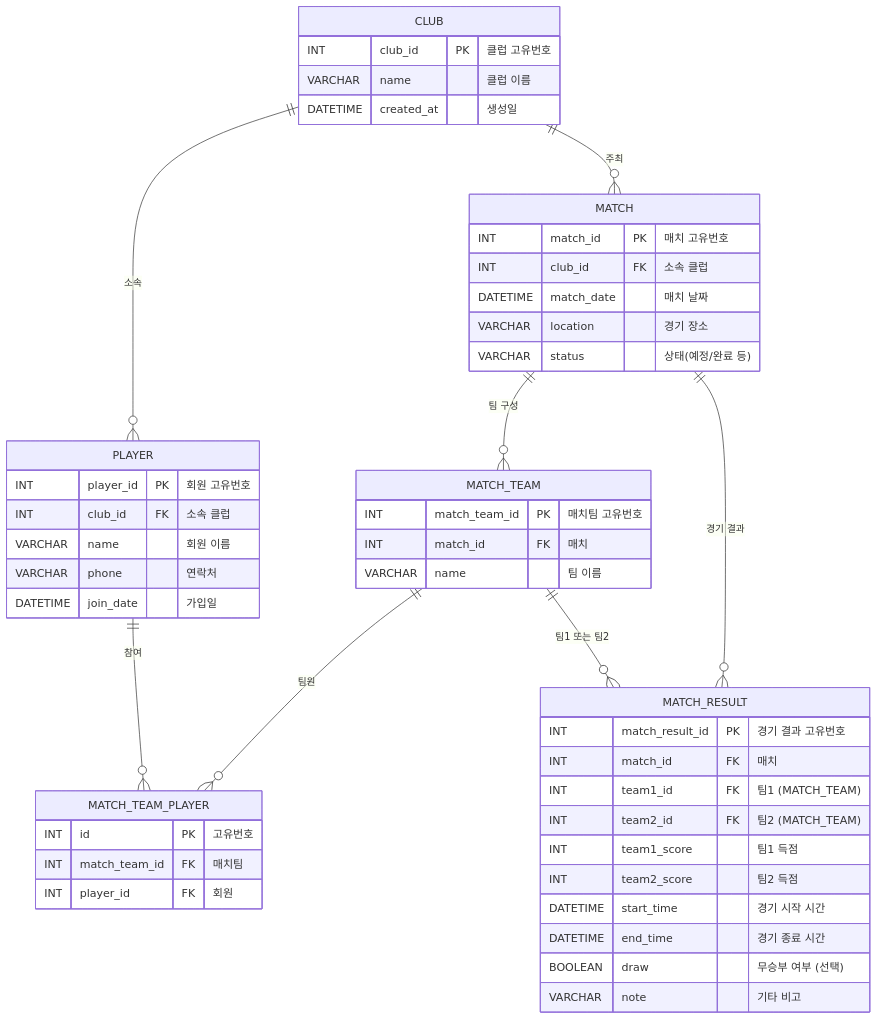
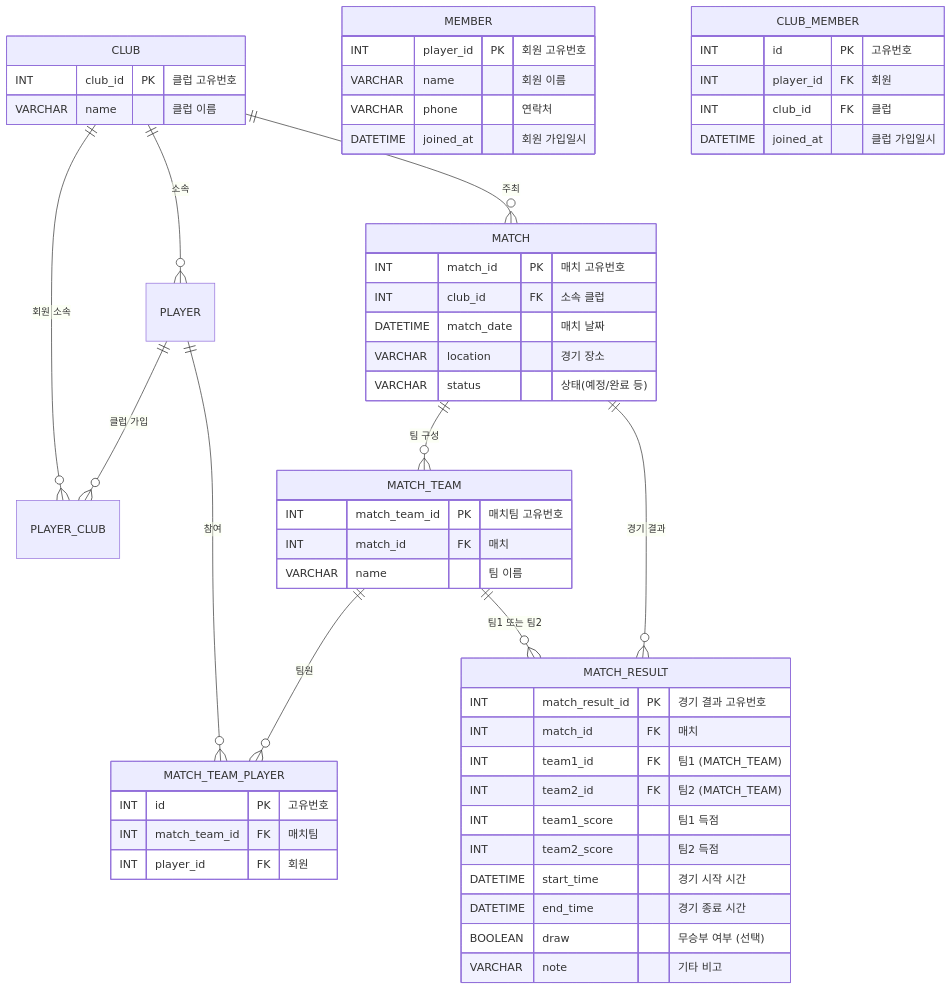
One commit to fivedragon5/kick-log changed the diagram in ERD.md. Above: the diagram before and after it, drawn with Mermaid.

Commit message:
update. ERD.md

````diff
--- a/ERD.md
+++ b/ERD.md
@@ -2,57 +2,65 @@
 ```mermaid
     erDiagram
-        CLUB {
-            INT club_id PK "클럽 고유번호"
-            VARCHAR name "클럽 이름"
-            DATETIME created_at "생성일"
-        }
-    
-        PLAYER {
-            INT player_id PK "회원 고유번호"
-            INT club_id FK "소속 클럽"
-            VARCHAR name "회원 이름"
-            VARCHAR phone "연락처"
-            DATETIME join_date "가입일"
-        }
+    CLUB {
+        INT club_id PK "클럽 고유번호"
+        VARCHAR name "클럽 이름"
+    }
+
+    MEMBER {
+        INT player_id PK "회원 고유번호"
+        VARCHAR name "회원 이름"
+        VARCHAR phone "연락처"
+        DATETIME joined_at "회원 가입일시"
+    }
+
+   CLUB_MEMBER {
+        INT id PK "고유번호"
+        INT player_id FK "회원"
+        INT club_id FK "클럽"
+        DATETIME joined_at "클럽 가입일시"
+    }
+
+    CLUB ||--o{ PLAYER_CLUB : "회원 소속"
+    PLAYER ||--o{ PLAYER_CLUB : "클럽 가입"
     
         MATCH {
             INT match_id PK "매치 고유번호"
             INT club_id FK "소속 클럽"
             DATETIME match_date "매치 날짜"
             VARCHAR location "경기 장소"
             VARCHAR status "상태(예정/완료 등)"
         }
     
         MATCH_TEAM {
             INT match_team_id PK "매치팀 고유번호"
             INT match_id FK "매치"
             VARCHAR name "팀 이름"
         }
     
         MATCH_TEAM_PLAYER {
             INT id PK "고유번호"
             INT match_team_id FK "매치팀"
             INT player_id FK "회원"
         }
     
         MATCH_RESULT {
             INT match_result_id PK "경기 결과 고유번호"
             INT match_id FK "매치"
             INT team1_id FK "팀1 (MATCH_TEAM)"
             INT team2_id FK "팀2 (MATCH_TEAM)"
             INT team1_score "팀1 득점"
             INT team2_score "팀2 득점"
             DATETIME start_time "경기 시작 시간"
             DATETIME end_time "경기 종료 시간"
             BOOLEAN draw "무승부 여부 (선택)"
             VARCHAR note "기타 비고"
         }
     
         CLUB ||--o{ PLAYER : "소속"
         CLUB ||--o{ MATCH : "주최"
         MATCH ||--o{ MATCH_TEAM : "팀 구성"
         MATCH_TEAM ||--o{ MATCH_TEAM_PLAYER : "팀원"
         PLAYER ||--o{ MATCH_TEAM_PLAYER : "참여"
         MATCH ||--o{ MATCH_RESULT : "경기 결과"
         MATCH_TEAM ||--o{ MATCH_RESULT : "팀1 또는 팀2"
 ```
````
